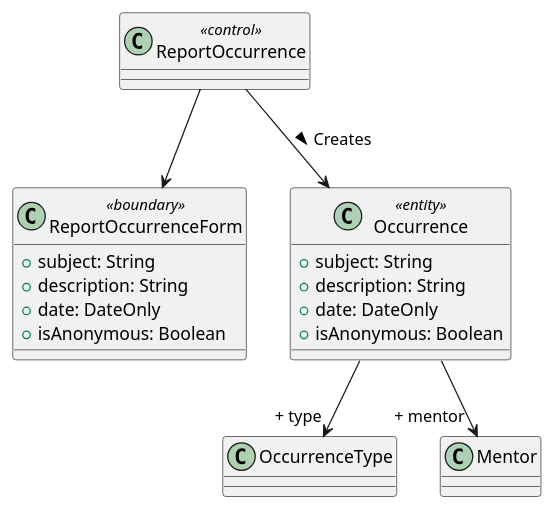
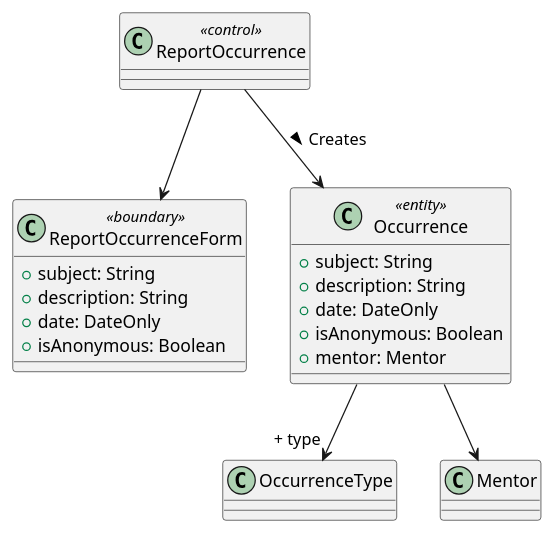
Before and after one commit to bmb0136/COMP-3700-Project: the second of 2 diagrams in Use Cases/ReportOccurrence.iuml, drawn with PlantUML. The commit also changed 4 other files, not shown here.

```diff
--- a/Use Cases/ReportOccurrence.iuml
+++ b/Use Cases/ReportOccurrence.iuml
@@ -34,19 +34,20 @@
 @startuml Report Occurrence Object Model
 class ReportOccurrence <<control>> {}
 class ReportOccurrenceForm <<boundary>> {
   + subject: String
   + description: String
   + date: DateOnly
   + isAnonymous: Boolean
 }
 class Occurrence <<entity>> {
   + subject: String
   + description: String
   + date: DateOnly
   + isAnonymous: Boolean
+  + mentor: Mentor
 }
 ReportOccurrence --> ReportOccurrenceForm
 ReportOccurrence --> Occurrence : Creates >
 Occurrence --> "+ type" OccurrenceType
-Occurrence --> "+ mentor" Mentor
+Occurrence --> Mentor
 @enduml
```
